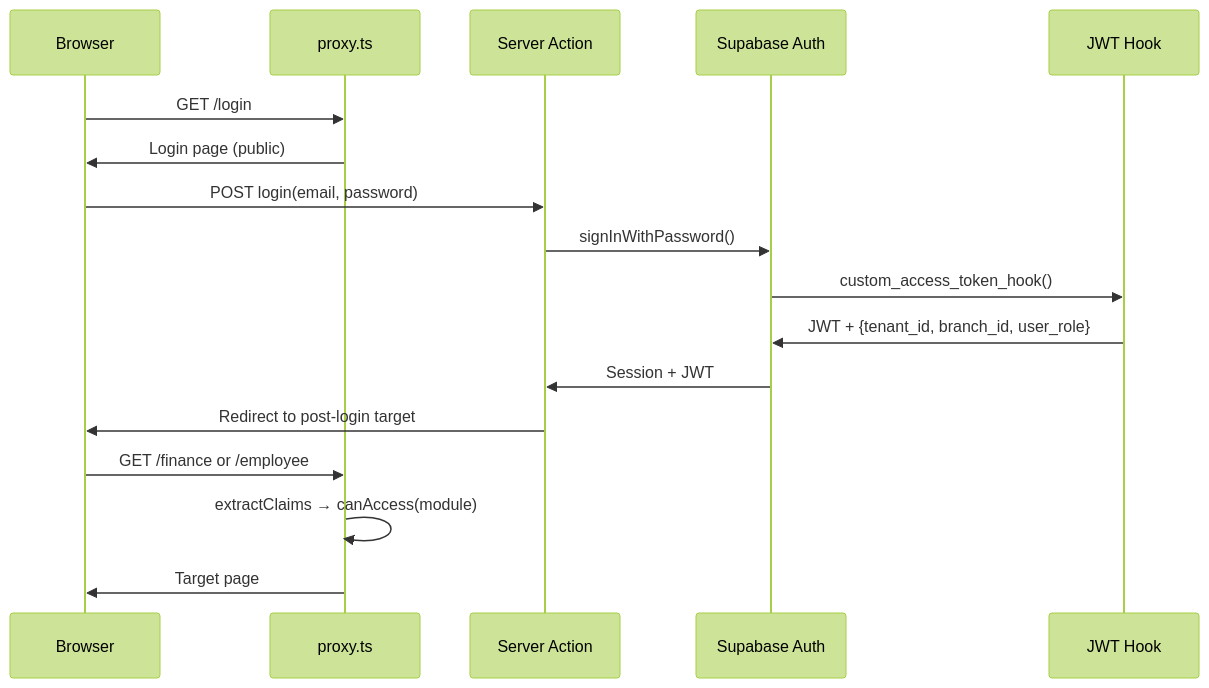
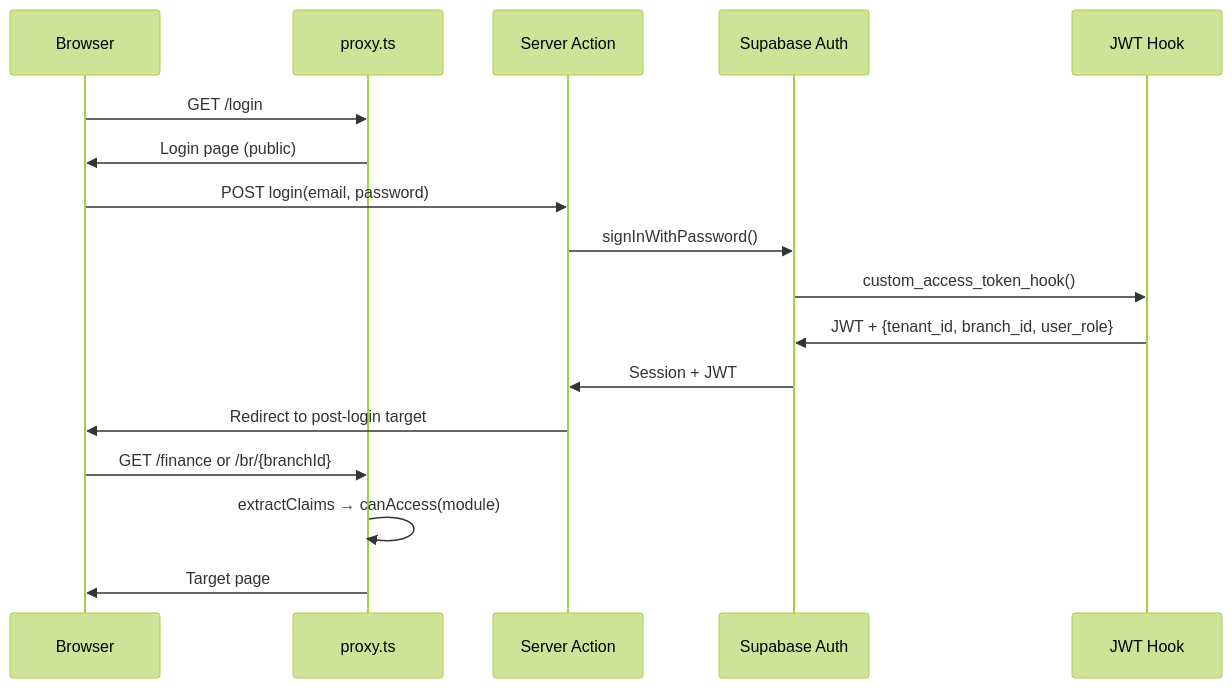
Before and after one commit to comtammatu/comtammatu: the sixth of 6 diagrams in docs/CODEBASE_MAP.md, drawn with Mermaid (forest theme). The commit also changed 302 other files, not shown here.

````diff
--- a/docs/CODEBASE_MAP.md
+++ b/docs/CODEBASE_MAP.md
@@ -189,20 +189,20 @@
 ```mermaid
 sequenceDiagram
     participant B as Browser
     participant P as proxy.ts
     participant A as Server Action
     participant S as Supabase Auth
     participant H as JWT Hook
 
     B->>P: GET /login
     P->>B: Login page (public)
     B->>A: POST login(email, password)
     A->>S: signInWithPassword()
     S->>H: custom_access_token_hook()
     H->>S: JWT + {tenant_id, branch_id, user_role}
     S->>A: Session + JWT
     A->>B: Redirect to post-login target
-    B->>P: GET /finance or /employee
+    B->>P: GET /finance or /br/{branchId}
     P->>P: extractClaims → canAccess(module)
     P->>B: Target page
 ```
````
